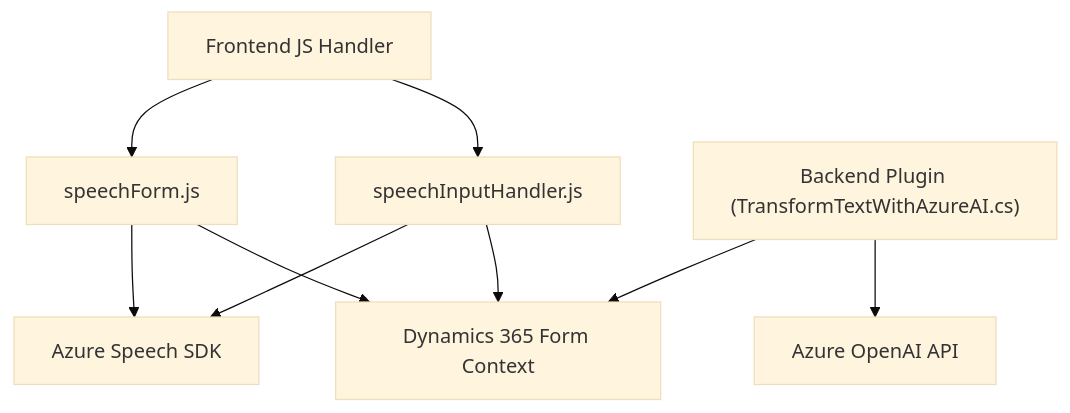
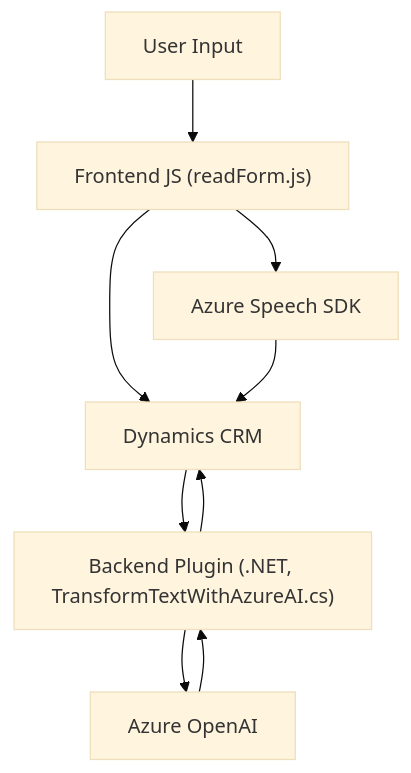
Before and after one commit to blopezdm/NETCORE_BILBAO2025: the diagram in README.md, drawn with Mermaid (base theme). The commit also changed other lines of this file, not shown here.

````diff
--- a/README.md
+++ b/README.md
@@ -40,19 +54,18 @@
 ```mermaid
 graph TD
-    A["Frontend JS Handler"]
-    B["speechInputHandler.js"]
-    C["speechForm.js"]
-    D["Azure Speech SDK"]
-    E["Dynamics 365 Form Context"]
-    F["Backend Plugin (TransformTextWithAzureAI.cs)"]
-    G["Azure OpenAI API"]
-
+    A["User Input"]
+    B["Frontend JS (readForm.js)"]
+    C["Azure Speech SDK"]
+    D["Azure OpenAI"]
+    E["Backend Plugin (.NET, TransformTextWithAzureAI.cs)"]
+    F["Dynamics CRM"]
+    
     A --> B
-    A --> C
-    B --> E
-    C --> E
-    B --> D
-    C --> D
-    F --> G
+    B --> C
+    B --> F
+    C --> F
     F --> E
+    E --> D
+    D --> E
+    E --> F
 ```
````
